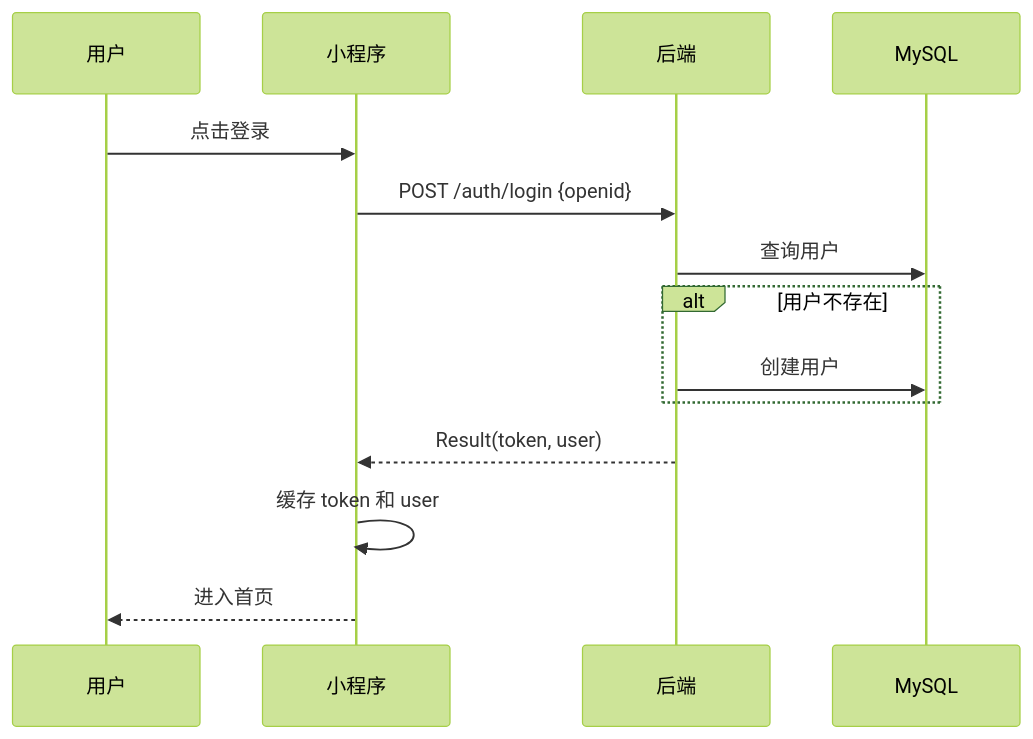
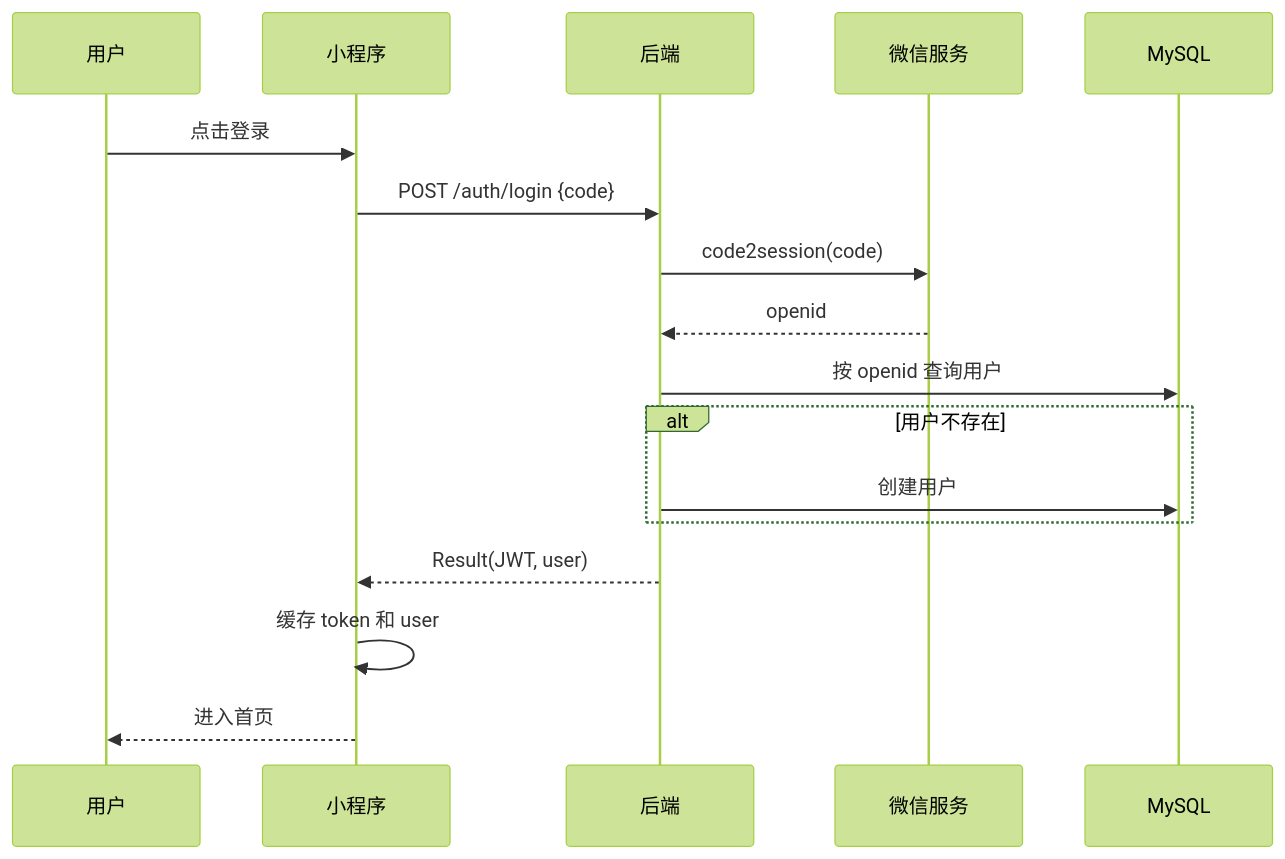
One commit to Mengjia604/pettalk changed the second of 5 diagrams in docs/需求规格说明书.md. Above: the diagram before and after it, drawn with Mermaid (forest theme). The commit also changed other lines of this file and 26 other files, not shown here.

````diff
--- a/docs/需求规格说明书.md
+++ b/docs/需求规格说明书.md
@@ -131,17 +132,20 @@
 ```mermaid
 sequenceDiagram
     participant U as 用户
     participant M as 小程序
     participant B as 后端
+    participant W as 微信服务
     participant D as MySQL
 
     U->>M: 点击登录
-    M->>B: POST /auth/login {openid}
-    B->>D: 查询用户
+    M->>B: POST /auth/login {code}
+    B->>W: code2session(code)
+    W-->>B: openid
+    B->>D: 按 openid 查询用户
     alt 用户不存在
         B->>D: 创建用户
     end
-    B-->>M: Result(token, user)
+    B-->>M: Result(JWT, user)
     M->>M: 缓存 token 和 user
     M-->>U: 进入首页
 ```
````
